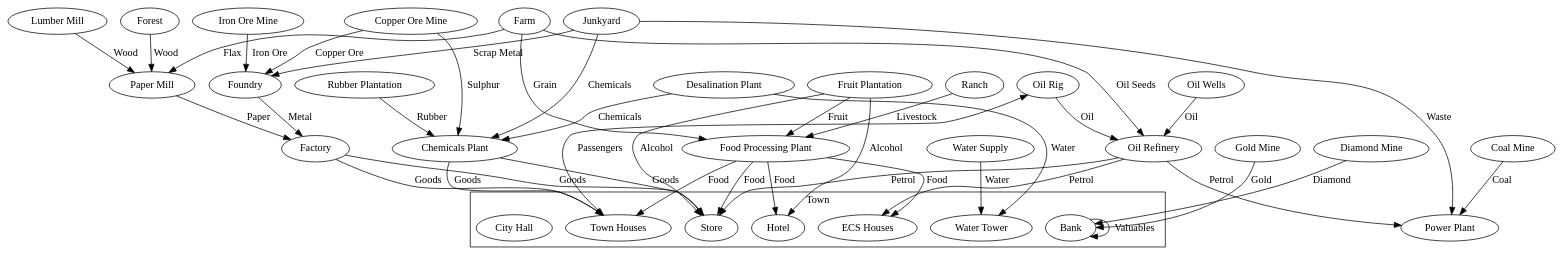
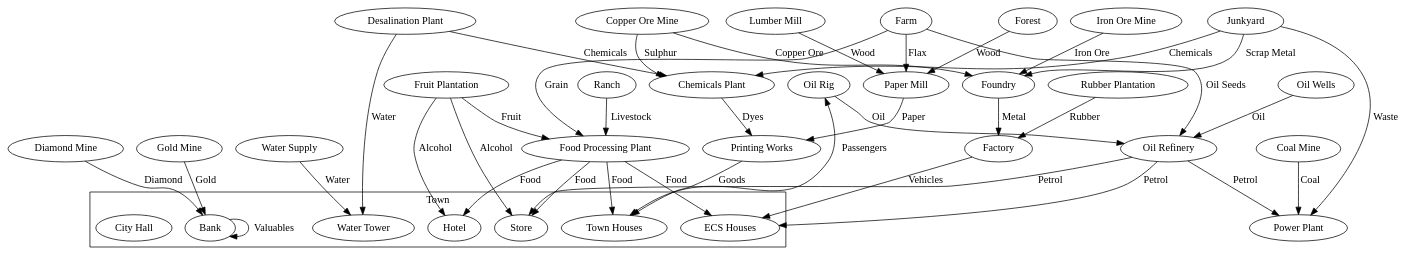
The diagram in industry-chain.dot (GraionDilach/simplistic-aggregated-industry-chains), drawn with Graphviz before and after one commit. The commit also changed 1 other file, not shown here.

Commit message:
Plan back Printing Works, also add Dyes and Vehicles.

```diff
--- a/industry-chain.dot
+++ b/industry-chain.dot
@@ -1,80 +1,80 @@
 strict digraph {
     compound=true
     subgraph cluster_city {
         label = "Town"
         Hotel
         "ECS Houses"
         "Town Houses" [ shape=ellipse]
         "Store"
         "Bank"
         "Water Tower"
         "City Hall"
     }
     "Coal Mine" [ shape=ellipse]
     "Power Plant" [ shape=ellipse]
     "Coal Mine" -> "Power Plant" [ label = "Coal"]
     "Oil Wells" [ shape=ellipse]
     "Oil Rig" [ shape=ellipse]
     "Oil Refinery" [ shape=ellipse]
     "Oil Wells" -> "Oil Refinery" [label = Oil]
     "Oil Rig" -> "Oil Refinery" [label = Oil]
     "Farm" [ shape=ellipse]
     "Factory"
     "Forest"
     "Lumber Mill"
     "Iron Ore Mine"
     "Foundry"
     "Paper Mill"
     "Iron Ore Mine" -> "Foundry" [label = "Iron Ore"]
     "Lumber Mill" -> "Paper Mill" [label = "Wood"]
     Forest -> "Paper Mill" [label = "Wood"]
-    "Paper Mill" -> Factory  [label = "Paper"]
     Farm -> "Paper Mill"  [label = "Flax"]
     "Foundry" -> Factory [label = "Metal"]
-    Factory -> "Town Houses"  [label = "Goods"]
     "Food Processing Plant"
     Farm -> "Food Processing Plant"  [label = "Grain"]
     "Food Processing Plant" -> "Town Houses" [label = "Food"]
     "Copper Ore Mine"
     "Copper Ore Mine" -> "Foundry" [label = "Copper Ore"]
     "Fruit Plantation"
     "Oil Refinery" -> "Store" [label = "Petrol"]
     "Fruit Plantation" "Oil Refinery"
     "Fruit Plantation" -> "Food Processing Plant" [label = "Fruit"]
     "Food Processing Plant" -> "ECS Houses"  [label = "Food"]
     "Oil Refinery" -> "ECS Houses" [label = "Petrol"]
     "Food Processing Plant" -> Hotel [label = "Food"]
     "Rubber Plantation"
     "Rubber Plantation" Factory
     "Ranch"
     Ranch -> "Food Processing Plant" [label="Livestock"]
     "Oil Rig" -> "Town Houses"[label="Passengers", dir=both]
     "Water Supply"
     "Water Supply" -> "Water Tower" [label="Water"]
     "Desalination Plant"
     "Desalination Plant" -> "Water Tower" [label="Water"]
     "Gold Mine"
     "Diamond Mine"
     Bank -> Bank[label="Valuables"]
     "Food Processing Plant" -> "Store" [label="Food"]
     "Junkyard" -> "Foundry" [label="Scrap Metal"]
     "Fruit Plantation" -> "Store" [label="Alcohol"]
     "Fruit Plantation" -> Hotel [label="Alcohol"]
     "Oil Refinery" -> "Power Plant" [label="Petrol"]
     "Junkyard"
     "Desalination Plant" "Oil Refinery"
     "Junkyard" -> "Power Plant"[label="Waste"]
-    Factory -> "Store"[label="Goods"]
     "Junkyard" "Oil Refinery"
     Bank
     "Gold Mine" -> Bank[label="Gold"]
     "Diamond Mine" -> Bank[label="Diamond"]
     "Chemicals Plant"
-    "Rubber Plantation" -> "Chemicals Plant"[label="Rubber"]
-    "Chemicals Plant" -> "Town Houses" [label="Goods"]
-    "Chemicals Plant" -> "Store" [label="Goods"]
     "Copper Ore Mine" -> "Chemicals Plant"[label="Sulphur"]
     "Desalination Plant" -> "Chemicals Plant" [label="Chemicals"]
     Junkyard -> "Chemicals Plant" [label="Chemicals"]
     Farm -> "Oil Refinery" [label="Oil Seeds"]
+    "Rubber Plantation" -> Factory [label=Rubber]
+    "Printing Works"
+    "Paper Mill" -> "Printing Works" [label=Paper]
+    "Chemicals Plant" -> "Printing Works" [label=Dyes]
+    "Printing Works" -> "Town Houses" [label=Goods]
+    Factory -> "ECS Houses" [label=Vehicles]
 }
```
